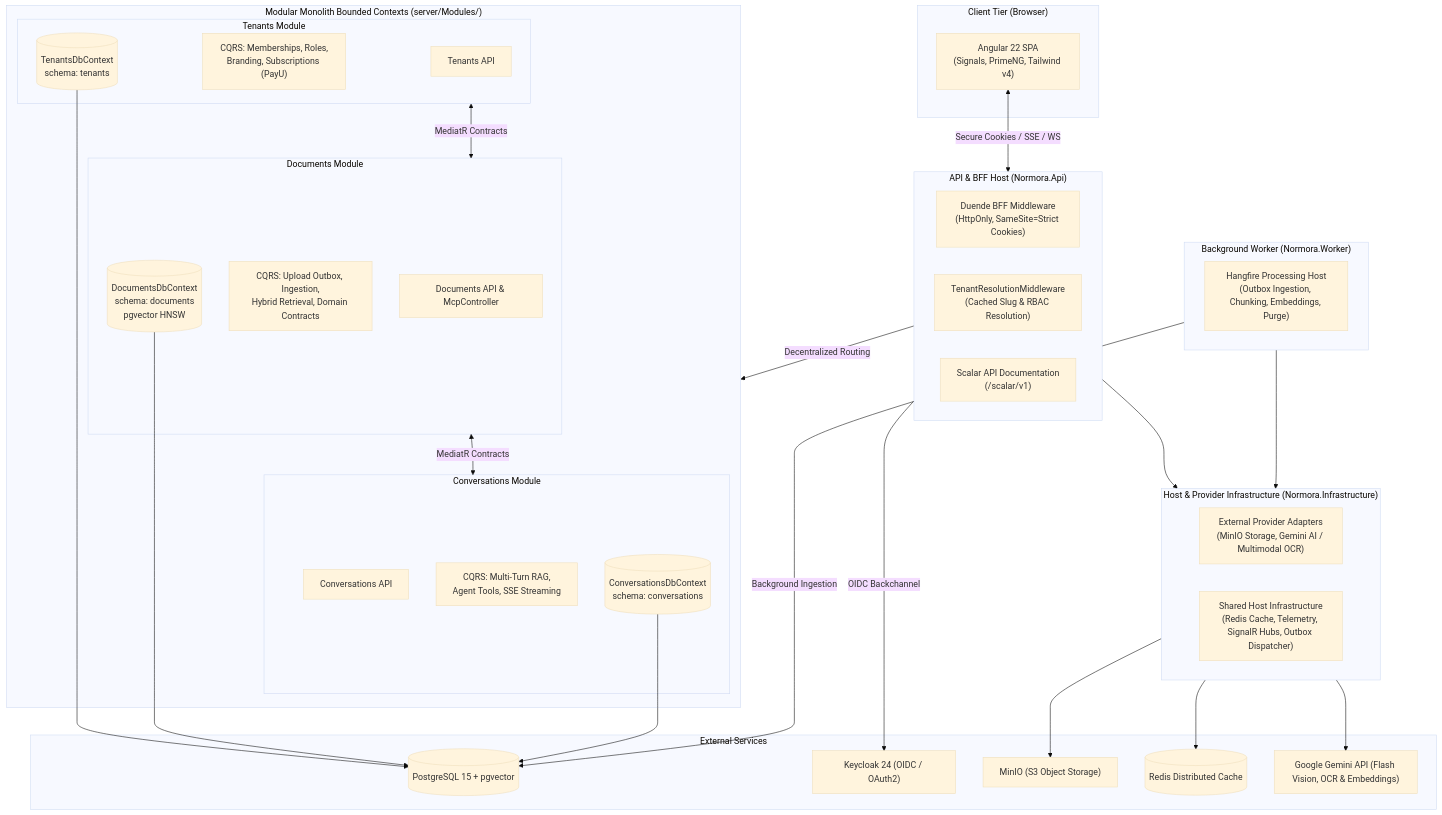
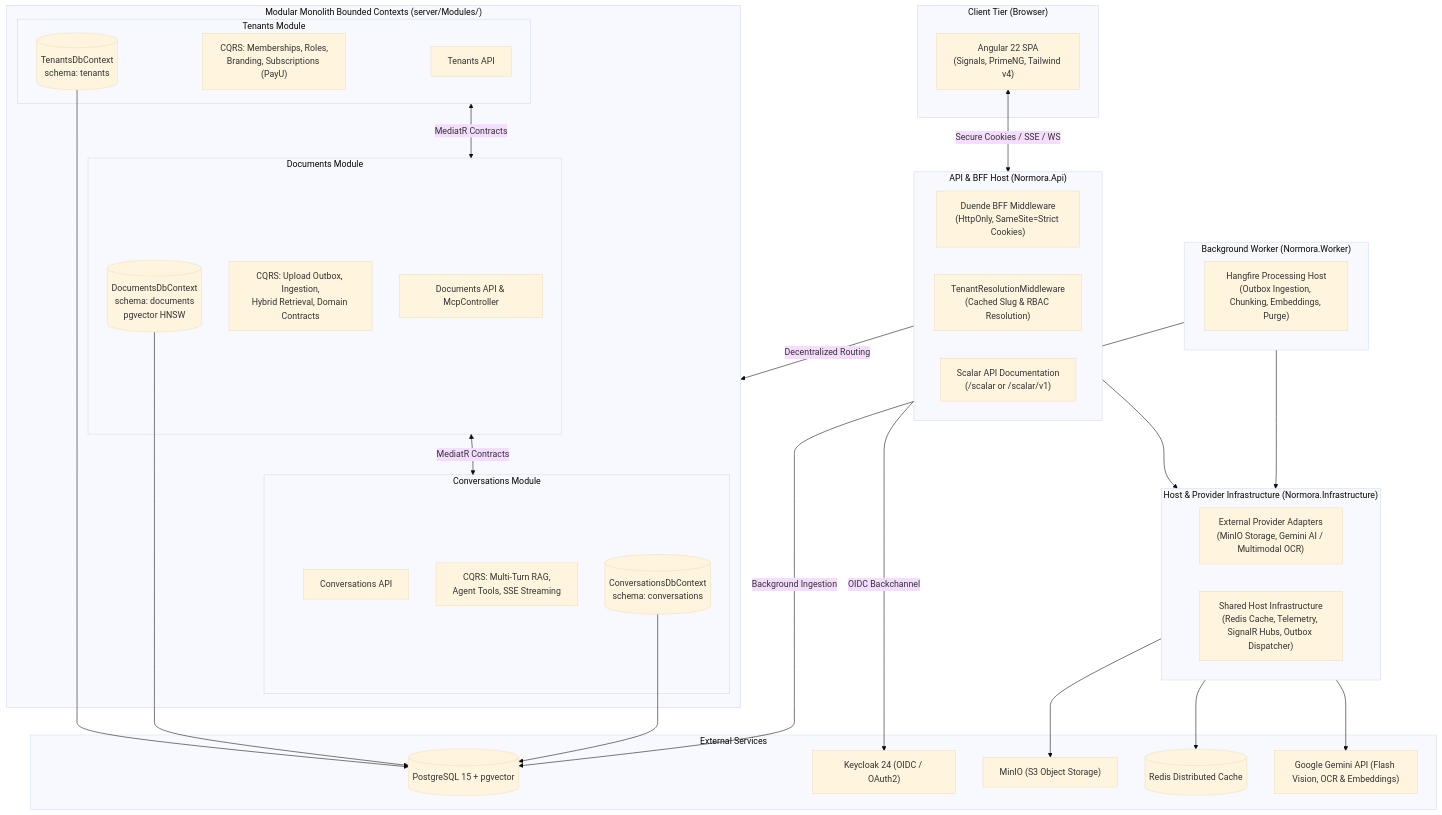
Before and after one commit to primecoderIN/Normora: the diagram in README.md, drawn with Mermaid (base theme). The commit also changed other lines of this file and 32 other files, not shown here.

````diff
--- a/README.md
+++ b/README.md
@@ -38,60 +38,60 @@
 ```mermaid
 flowchart TD
     subgraph Client ["Client Tier (Browser)"]
         SPA["Angular 22 SPA<br/>(Signals, PrimeNG, Tailwind v4)"]
     end
 
     subgraph Host ["API & BFF Host (Normora.Api)"]
         BFF["Duende BFF Middleware<br/>(HttpOnly, SameSite=Strict Cookies)"]
         TRM["TenantResolutionMiddleware<br/>(Cached Slug & RBAC Resolution)"]
-        Scalar["Scalar API Documentation<br/>(/scalar/v1)"]
+        Scalar["Scalar API Documentation<br/>(/scalar or /scalar/v1)"]
     end
 
     subgraph Modules ["Modular Monolith Bounded Contexts (server/Modules/)"]
         subgraph TenantsMod ["Tenants Module"]
             T_API["Tenants API"]
             T_CQRS["CQRS: Memberships, Roles,<br/>Branding, Subscriptions (PayU)"]
             T_DB[("TenantsDbContext<br/>schema: tenants")]
         end
 
         subgraph DocsMod ["Documents Module"]
             D_API["Documents API & McpController"]
             D_CQRS["CQRS: Upload Outbox, Ingestion,<br/>Hybrid Retrieval, Domain Contracts"]
             D_DB[("DocumentsDbContext<br/>schema: documents<br/>pgvector HNSW")]
         end
 
         subgraph ConvsMod ["Conversations Module"]
             C_API["Conversations API"]
             C_CQRS["CQRS: Multi-Turn RAG,<br/>Agent Tools, SSE Streaming"]
             C_DB[("ConversationsDbContext<br/>schema: conversations")]
         end
     end
 
     subgraph InfraLib ["Host & Provider Infrastructure (Normora.Infrastructure)"]
         INF_PROV["External Provider Adapters<br/>(MinIO Storage, Gemini AI / Multimodal OCR)"]
         INF_HOST["Shared Host Infrastructure<br/>(Redis Cache, Telemetry, SignalR Hubs, Outbox Dispatcher)"]
     end
 
     subgraph WorkerHost ["Background Worker (Normora.Worker)"]
         HF["Hangfire Processing Host<br/>(Outbox Ingestion, Chunking, Embeddings, Purge)"]
     end
 
     subgraph Infrastructure ["External Services"]
         PG[("PostgreSQL 15 + pgvector")]
         KC["Keycloak 24 (OIDC / OAuth2)"]
         S3["MinIO (S3 Object Storage)"]
         RD[("Redis Distributed Cache")]
         GEM["Google Gemini API (Flash Vision, OCR & Embeddings)"]
     end
 
     SPA <-->|Secure Cookies / SSE / WS| Host
     Host -->|Decentralized Routing| Modules
     Host --> InfraLib
     WorkerHost --> InfraLib
     TenantsMod <-->|MediatR Contracts| DocsMod
     DocsMod <-->|MediatR Contracts| ConvsMod
     T_DB & D_DB & C_DB --> PG
     WorkerHost -->|Background Ingestion| PG
     InfraLib --> S3 & GEM & RD
     Host -->|OIDC Backchannel| KC
 ```
````
